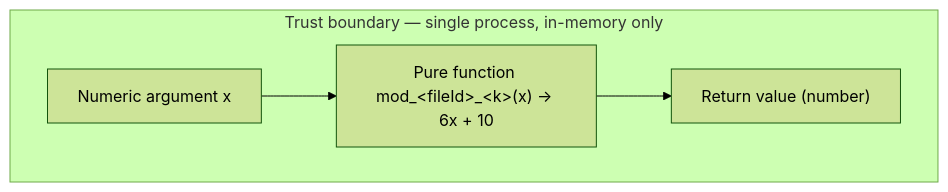
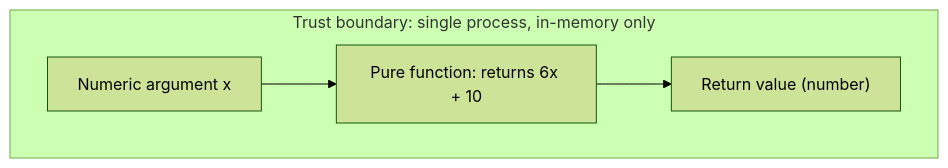
The diagram in docs/security.md (ajitblitzy/Society_Mngt_26-Jun-2026-Afternoon), drawn with Mermaid (forest theme) before and after one commit. The commit also changed other lines of this file and 4 other files, not shown here.

````diff
--- a/docs/security.md
+++ b/docs/security.md
@@ -77,8 +84,7 @@
 ```mermaid
 flowchart TD
-    subgraph TB["Trust boundary — single process, in-memory only"]
-        IN["Numeric argument x"] --> FN["Pure function mod_&lt;fileId&gt;_&lt;k&gt;(x) → 6x + 10"]
+    subgraph TB["Trust boundary: single process, in-memory only"]
+        IN["Numeric argument x"] --> FN["Pure function: returns 6x + 10"]
         FN --> OUT["Return value (number)"]
     end
-    %% Verified absence: no network, no storage, no auth, no external input, no exports
 ```
````
